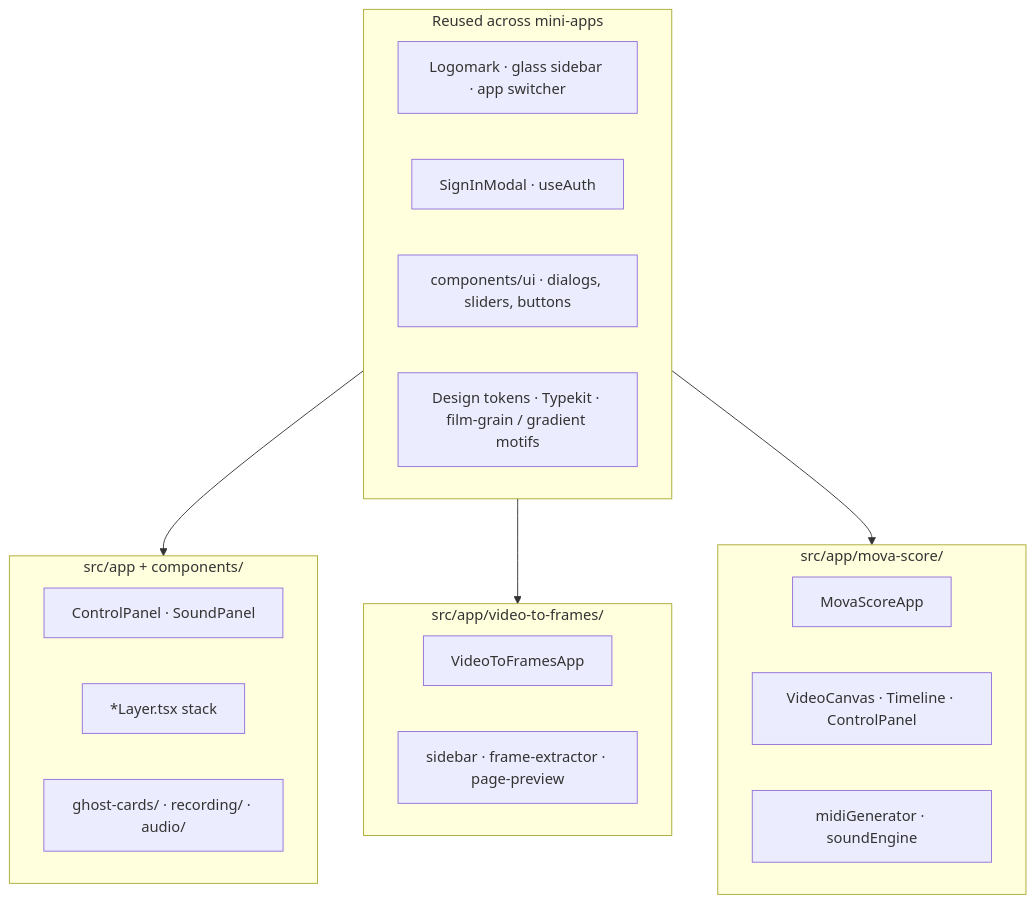
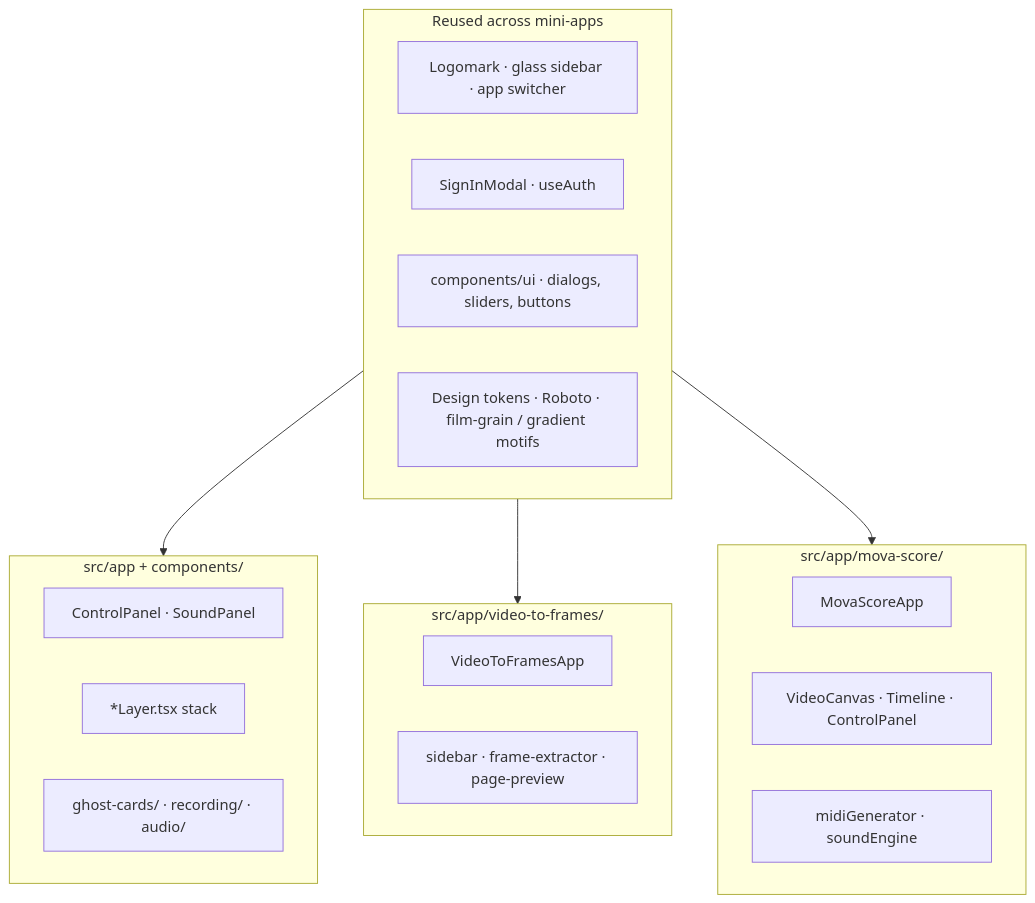
Before and after one commit to treybradley/mova-parque: the fifth of 6 diagrams in README.md, drawn with Mermaid. The commit also changed other lines of this file and 5 other files, not shown here.

````diff
--- a/README.md
+++ b/README.md
@@ -187,30 +187,30 @@
 ```mermaid
 flowchart TB
   subgraph Shared["Reused across mini-apps"]
     S1["Logomark · glass sidebar · app switcher"]
     S2["SignInModal · useAuth"]
     S3["components/ui · dialogs, sliders, buttons"]
-    S4["Design tokens · Typekit · film-grain / gradient motifs"]
+    S4["Design tokens · Roboto · film-grain / gradient motifs"]
   end
 
   subgraph Parque["src/app + components/"]
     P1["ControlPanel · SoundPanel"]
     P2["*Layer.tsx stack"]
     P3["ghost-cards/ · recording/ · audio/"]
   end
 
   subgraph VTF["src/app/video-to-frames/"]
     V1["VideoToFramesApp"]
     V2["sidebar · frame-extractor · page-preview"]
   end
 
   subgraph Score["src/app/mova-score/"]
     M1["MovaScoreApp"]
     M2["VideoCanvas · Timeline · ControlPanel"]
     M3["midiGenerator · soundEngine"]
   end
 
   Shared --> Parque
   Shared --> VTF
   Shared --> Score
 ```
````
